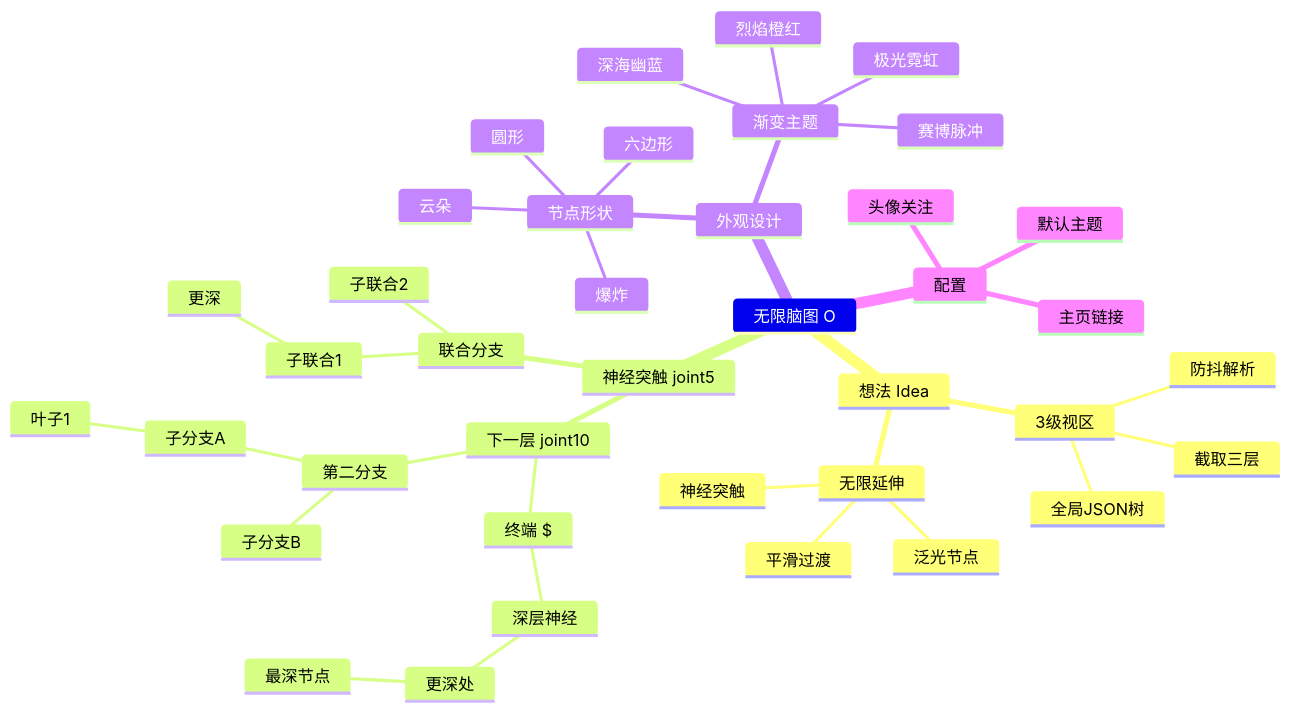
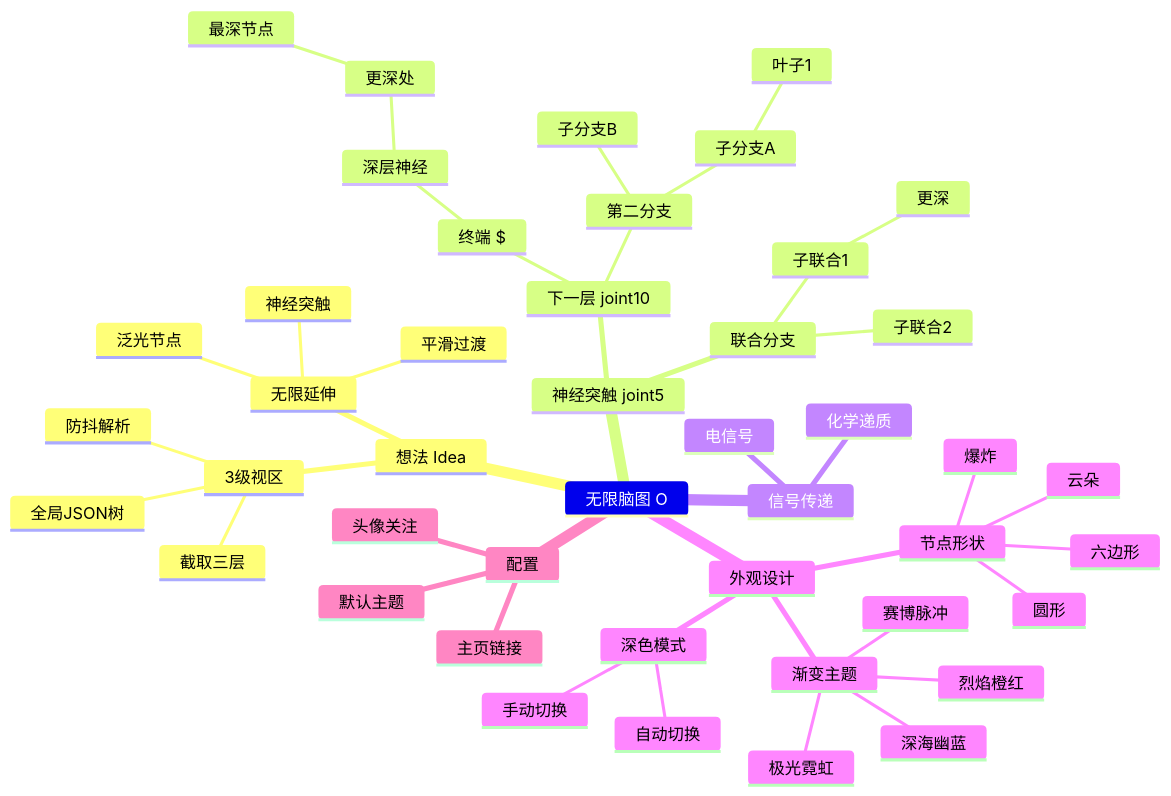
One commit to hh5646838/mindmoo changed the diagram in data/example.mmd. Above: the diagram before and after it, drawn with Mermaid. The commit also changed 7 other files, not shown here.

```diff
--- a/data/example.mmd
+++ b/data/example.mmd
@@ -1,40 +1,46 @@
 mindmap
   无限脑图 O
     想法 Idea
       3级视区
         截取三层
         防抖解析
         全局JSON树
       无限延伸
         神经突触
         泛光节点
         平滑过渡
     神经突触 joint5
       下一层 joint10
         终端 $
           深层神经
             更深处
               最深节点
         第二分支
           子分支A
             叶子1
           子分支B
       联合分支
         子联合1
           更深
         子联合2
+    信号传递
+      电信号
+      化学递质
     外观设计
       渐变主题
         极光霓虹
         深海幽蓝
         烈焰橙红
         赛博脉冲
       节点形状
         圆形
         六边形
         云朵
         爆炸
+      深色模式
+        自动切换
+        手动切换
     配置
       主页链接
       头像关注
       默认主题
```
